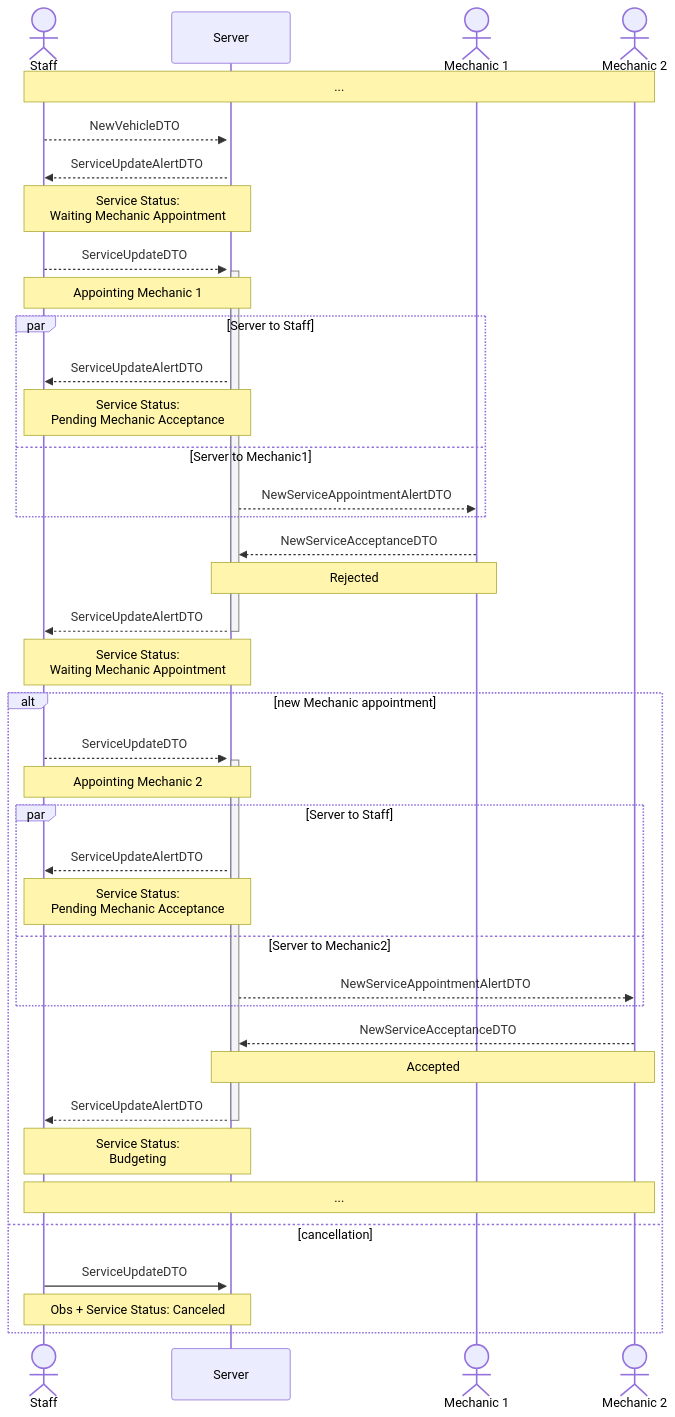
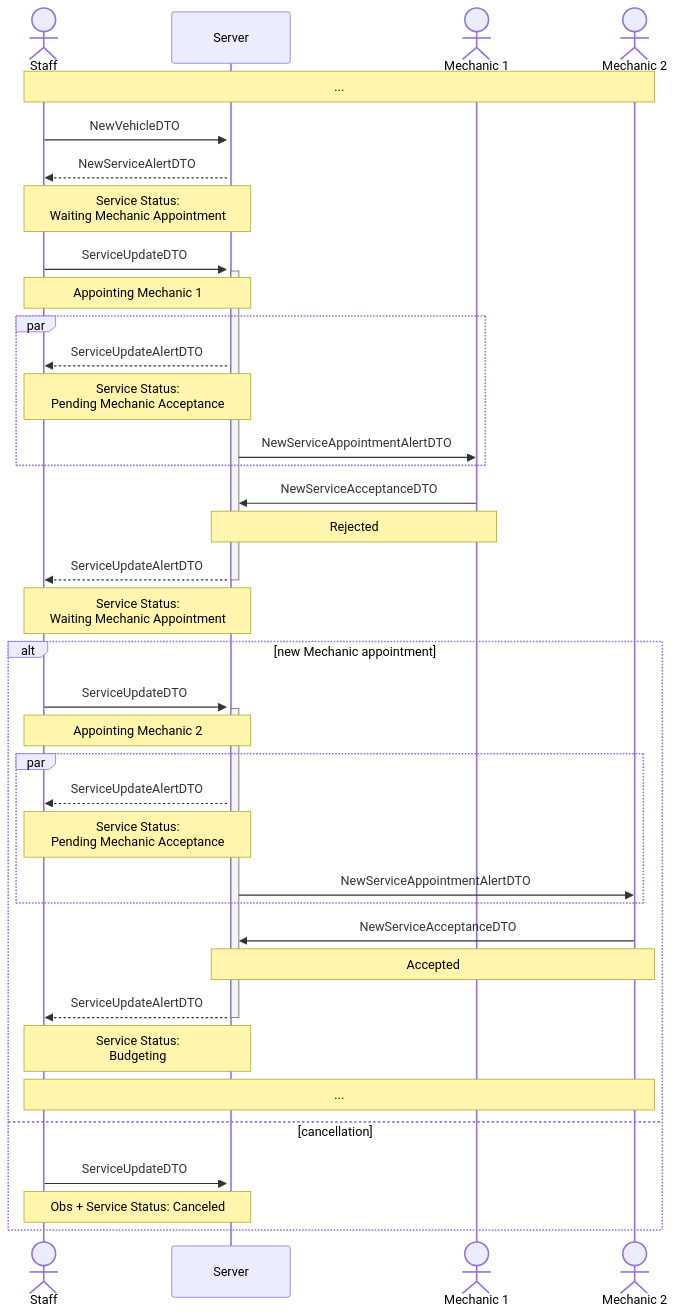
One commit to Gabriel-FC-Comp/workshop-car-management-app changed the third of 6 diagrams in docs/flow-planning.md. Above: the diagram before and after it, drawn with Mermaid. The commit also changed other lines of this file, not shown here.

Commit message:
docs(planning): add new flows + update existing flows

````diff
--- a/docs/flow-planning.md
+++ b/docs/flow-planning.md
@@ -153,46 +158,44 @@
 ```mermaid
 sequenceDiagram
     actor Staff
     participant Server
     actor Mechanic1 as Mechanic 1
     actor Mechanic2 as Mechanic 2
     
     Note over Staff, Mechanic2: ...
-    Staff-->>+Server: NewVehicleDTO
-    Server -->>Staff: ServiceUpdateAlertDTO
+    Staff->>+Server: NewVehicleDTO
+    Server -->>Staff: NewServiceAlertDTO
     Note over Server, Staff: Service Status:<br/>Waiting Mechanic Appointment 
 
-    Staff-->>+Server: ServiceUpdateDTO
+    Staff->>+Server: ServiceUpdateDTO
     Note over Staff, Server: Appointing Mechanic 1
-    par Server to Staff
+    par
         Server -->>Staff: ServiceUpdateAlertDTO
         Note over Server, Staff: Service Status:<br/>Pending Mechanic Acceptance
-    and Server to Mechanic1
-        Server-->>Mechanic1: NewServiceAppointmentAlertDTO
+        Server->>Mechanic1: NewServiceAppointmentAlertDTO
     end
     
-    Mechanic1-->>Server: NewServiceAcceptanceDTO
+    Mechanic1->>Server: NewServiceAcceptanceDTO
     Note over Mechanic1, Server: Rejected
     Server -->>-Staff: ServiceUpdateAlertDTO
     Note over Server, Staff: Service Status:<br/>Waiting Mechanic Appointment
 
     alt new Mechanic appointment
-        Staff-->>+Server: ServiceUpdateDTO
+        Staff->>+Server: ServiceUpdateDTO
         Note over Staff, Server: Appointing Mechanic 2
-        par Server to Staff
+        par
             Server -->>Staff: ServiceUpdateAlertDTO
             Note over Server, Staff: Service Status:<br/>Pending Mechanic Acceptance
-        and Server to Mechanic2
-            Server-->>Mechanic2: NewServiceAppointmentAlertDTO
+            Server->>Mechanic2: NewServiceAppointmentAlertDTO
         end
         
-        Mechanic2-->>Server: NewServiceAcceptanceDTO
+        Mechanic2->>Server: NewServiceAcceptanceDTO
         Note over Mechanic2, Server: Accepted
         Server -->>-Staff: ServiceUpdateAlertDTO
         Note over Server, Staff: Service Status:<br/>Budgeting
         Note over Staff, Mechanic2: ...
     else cancellation
         Staff ->> Server: ServiceUpdateDTO
         Note over Staff, Server: Obs + Service Status: Canceled
     end 
 ```
````
